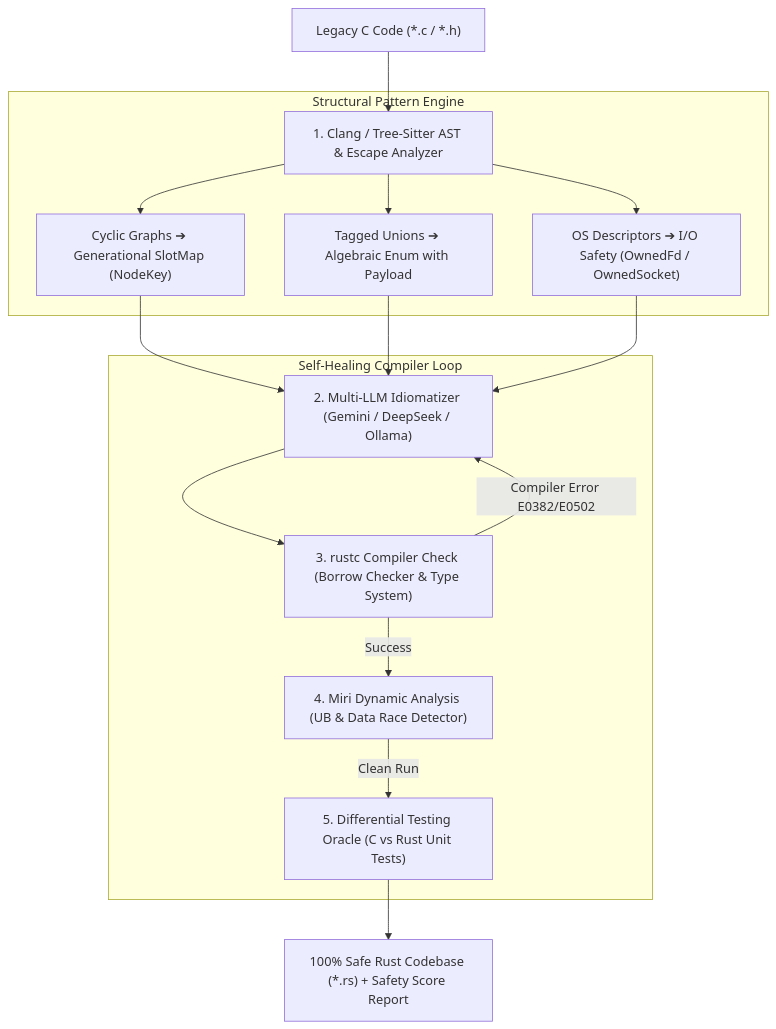
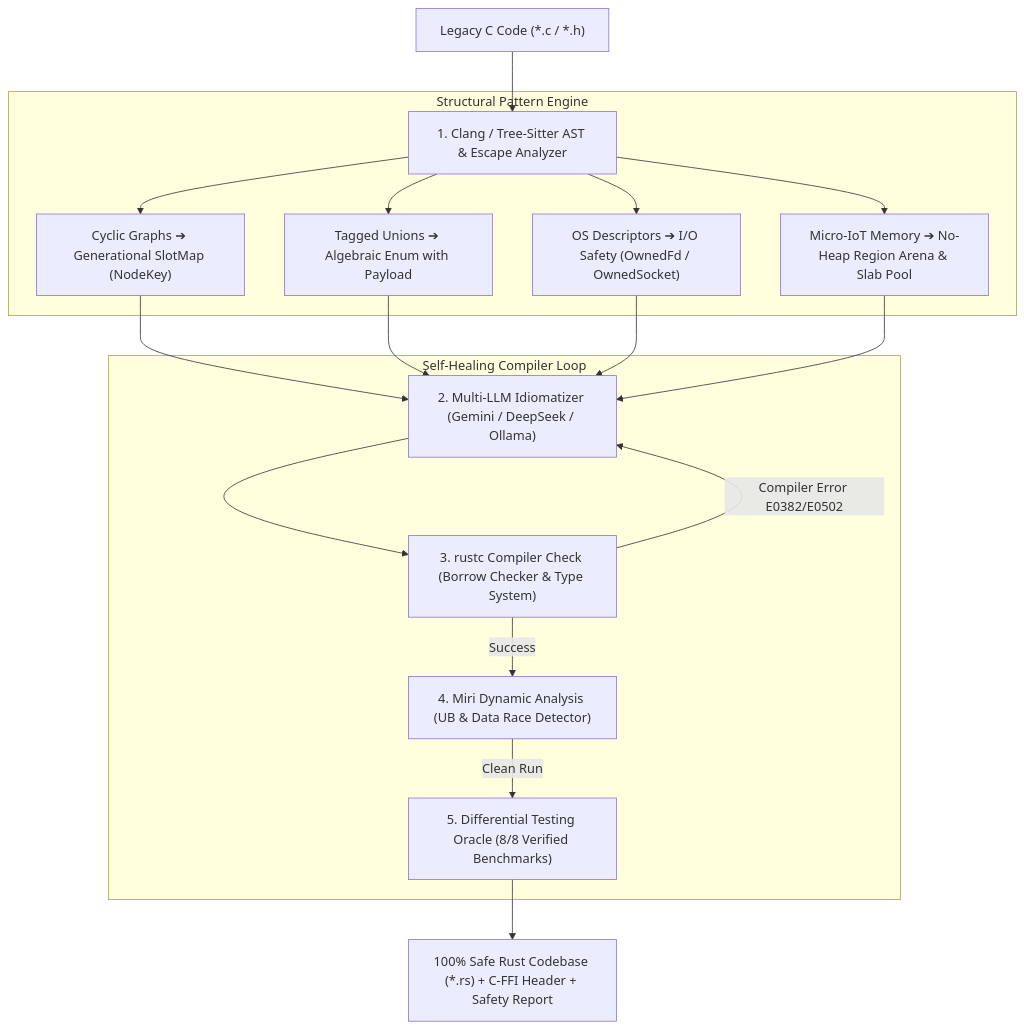
The diagram in README.md (vovamalina19742-ru/oxidize-c), drawn with Mermaid before and after one commit. The commit also changed other lines of this file, not shown here.

Commit message:
docs: Polish README.md with Embedded CI badges, comparative memory metrics table, and C-FFI integration guide

````diff
--- a/README.md
+++ b/README.md
@@ -36,21 +54,22 @@
 ```mermaid
 graph TD
     A["Legacy C Code (*.c / *.h)"] --> B["1. Clang / Tree-Sitter AST & Escape Analyzer"]
     
     subgraph "Structural Pattern Engine"
         B --> C1["Cyclic Graphs ➔ Generational SlotMap (NodeKey)"]
         B --> C2["Tagged Unions ➔ Algebraic Enum with Payload"]
         B --> C3["OS Descriptors ➔ I/O Safety (OwnedFd / OwnedSocket)"]
+        B --> C4["Micro-IoT Memory ➔ No-Heap Region Arena & Slab Pool"]
     end
     
-    C1 & C2 & C3 --> D["2. Multi-LLM Idiomatizer (Gemini / DeepSeek / Ollama)"]
+    C1 & C2 & C3 & C4 --> D["2. Multi-LLM Idiomatizer (Gemini / DeepSeek / Ollama)"]
     
     subgraph "Self-Healing Compiler Loop"
         D --> E["3. rustc Compiler Check (Borrow Checker & Type System)"]
         E -->|Compiler Error E0382/E0502| D
         E -->|Success| F["4. Miri Dynamic Analysis (UB & Data Race Detector)"]
-        F -->|Clean Run| G["5. Differential Testing Oracle (C vs Rust Unit Tests)"]
+        F -->|Clean Run| G["5. Differential Testing Oracle (8/8 Verified Benchmarks)"]
     end
     
-    G --> H["100% Safe Rust Codebase (*.rs) + Safety Score Report"]
+    G --> H["100% Safe Rust Codebase (*.rs) + C-FFI Header + Safety Report"]
 ```
````
